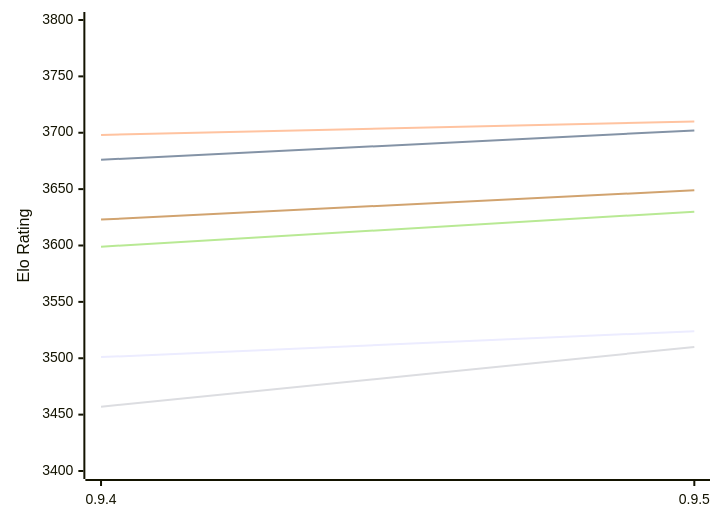
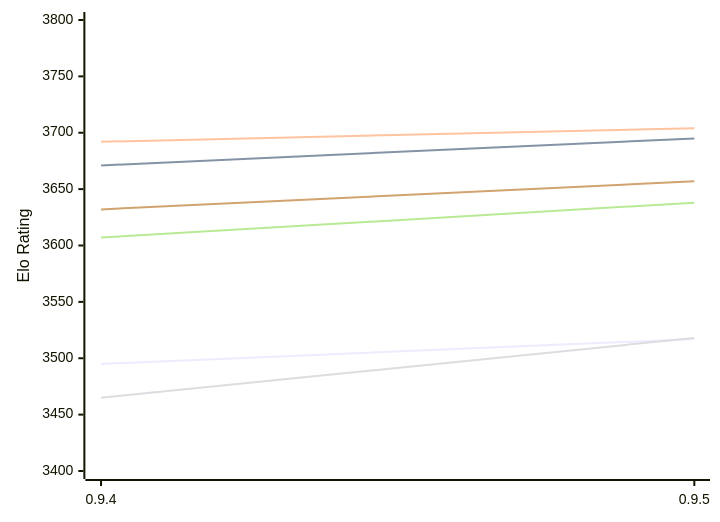
One commit to computer-chess-index/cci changed the first of 2 diagrams in engines/Coda.md. Above: the diagram before and after it, drawn with Mermaid. The commit also changed other lines of this file, not shown here.

Commit message:
Update CCI Ratings (ELO VLTC) - 2026-11-18

````diff
--- a/engines/Coda.md
+++ b/engines/Coda.md
@@ -52,12 +52,12 @@
 ```mermaid
 %%{init: {"theme":"base","themeVariables":{"seriesColors:['#a3a3a3','#222221','#faa371']}}}%%
 xychart-beta
   x-axis ["0.9.4", "0.9.5"]
   y-axis "Elo Rating" 3400 --> 3800
-  line "E1: STC (8.0+0.08s)" [3501, 3524]
-  line "E1: LTC (60.0+0.60s)" [3676, 3702]
-  line "E1: VLTC (2m24s+1.12s)" [3698, 3710]
-  line "P1: STC (8.0+0.08s)" [3457, 3510]
-  line "P1: LTC (60.0+0.60s)" [3599, 3630]
-  line "P1: VLTC (2m24s+1.12s)" [3623, 3649]
+  line "E1: STC (8.0+0.08s)" [3495, 3517]
+  line "E1: LTC (60.0+0.60s)" [3671, 3695]
+  line "E1: VLTC (2m24s+1.12s)" [3692, 3704]
+  line "P1: STC (8.0+0.08s)" [3465, 3518]
+  line "P1: LTC (60.0+0.60s)" [3607, 3638]
+  line "P1: VLTC (2m24s+1.12s)" [3632, 3657]
 ```
````
